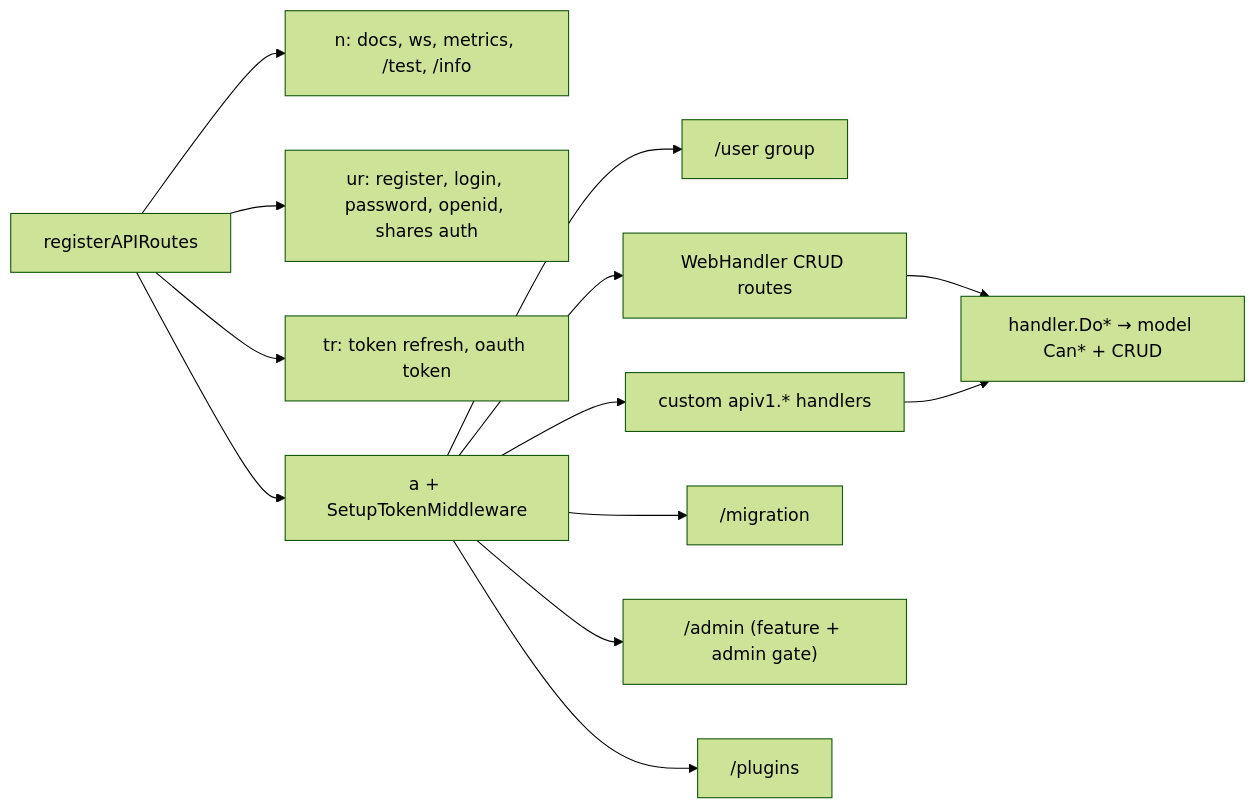
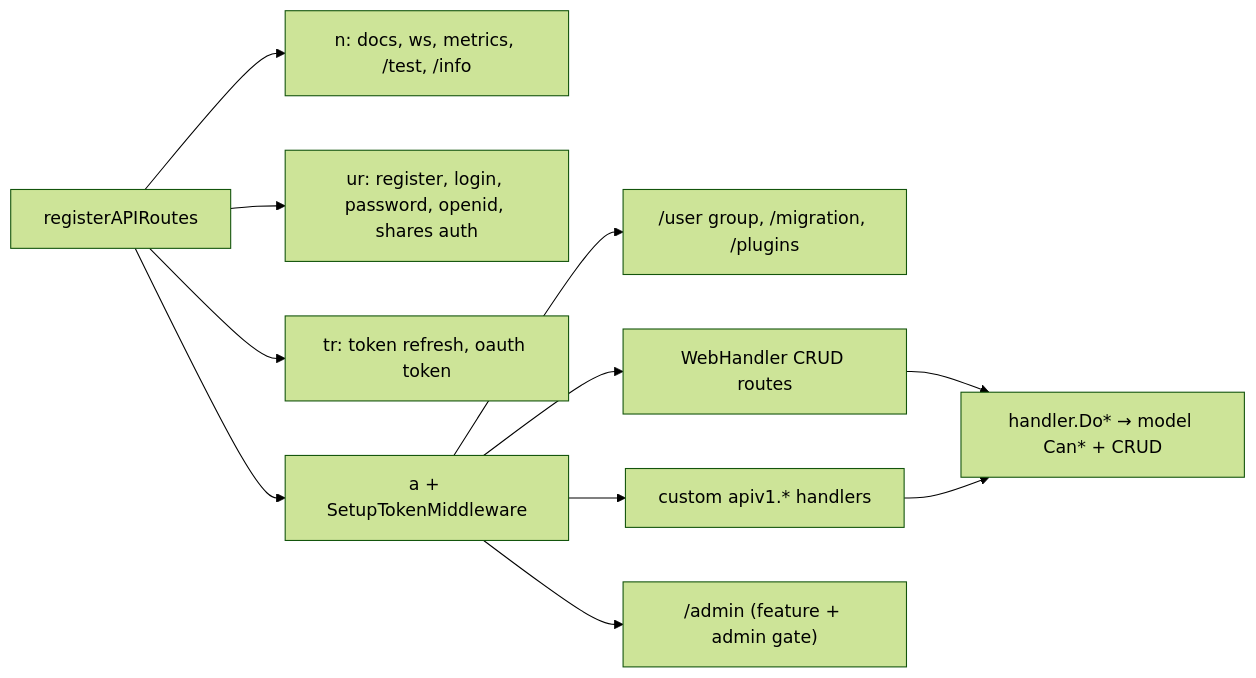
One commit to talbama/vikunja-port changed the diagram in .agents/wiki/components/backend/api-v1.md. Above: the diagram before and after it, drawn with Mermaid (forest theme). The commit also changed other lines of this file and 57 other files, not shown here.

````diff
--- a/.agents/wiki/components/backend/api-v1.md
+++ b/.agents/wiki/components/backend/api-v1.md
@@ -116,15 +116,13 @@
 ```mermaid
 flowchart LR
     R[registerAPIRoutes] --> N["n: docs, ws, metrics, /test, /info"]
     R --> UR["ur: register, login, password, openid, shares auth"]
     R --> TR["tr: token refresh, oauth token"]
     R --> A["a + SetupTokenMiddleware"]
-    A --> U["/user group"]
+    A --> U["/user group, /migration, /plugins"]
     A --> W["WebHandler CRUD routes"]
     A --> C["custom apiv1.* handlers"]
-    A --> M["/migration"]
     A --> AD["/admin (feature + admin gate)"]
-    A --> P["/plugins"]
     W --> DO["handler.Do* → model Can* + CRUD"]
     C --> DO
 ```
````
